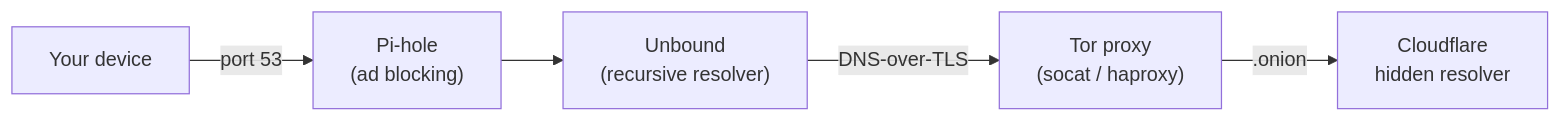
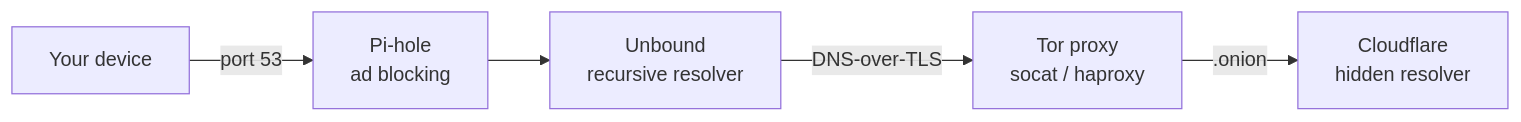
One commit to sureserverman/nice-dns changed the diagram in README.md. Above: the diagram before and after it, drawn with Mermaid. The commit also changed other lines of this file and 7 other files, not shown here.

````diff
--- a/README.md
+++ b/README.md
@@ -61,11 +36,7 @@
 ```mermaid
 flowchart LR
-    A["Your device"] -- port 53 --> B["Pi-hole
-    (ad blocking)"]
-    B --> C["Unbound
-    (recursive resolver)"]
-    C -- DNS-over-TLS --> D["Tor proxy
-    (socat / haproxy)"]
-    D -- ".onion" --> E["Cloudflare
-    hidden resolver"]
+    A[Your device] -- port 53 --> B[Pi-hole<br>ad blocking]
+    B --> C[Unbound<br>recursive resolver]
+    C -- DNS-over-TLS --> D[Tor proxy<br>socat / haproxy]
+    D -- .onion --> E[Cloudflare<br>hidden resolver]
 ```
````
